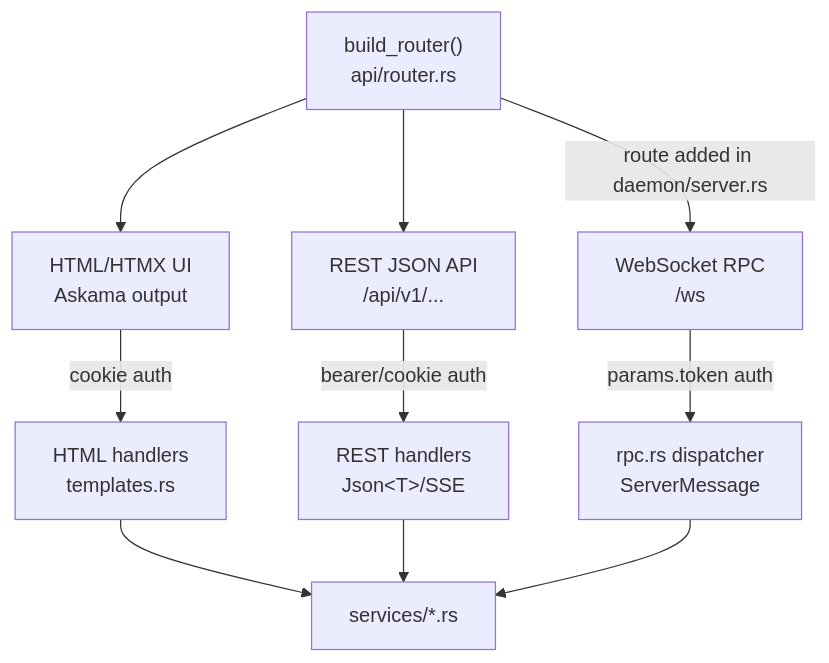
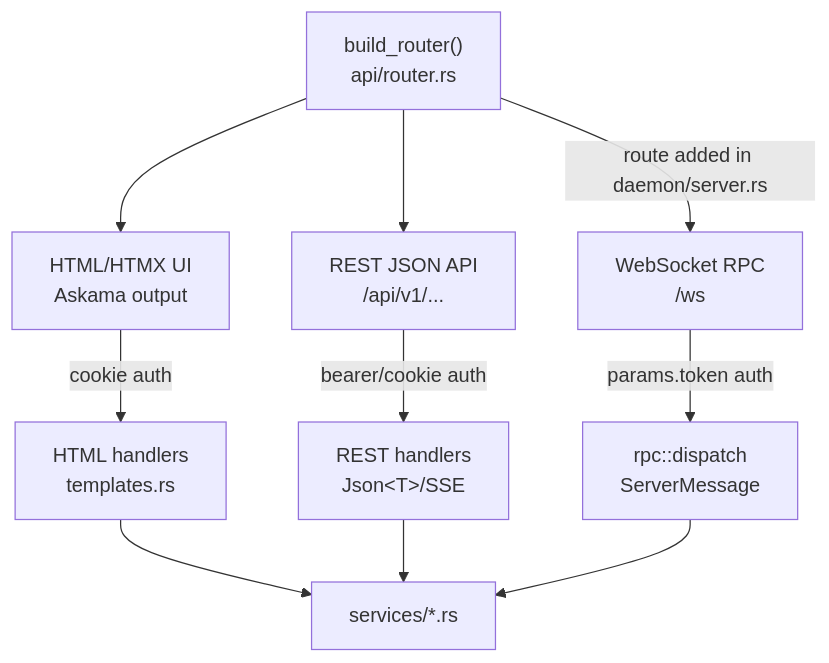
One commit to bwks/sherpa changed the seventh of 26 diagrams in docs/architecture/SERVER.md. Above: the diagram before and after it, drawn with Mermaid. The commit also changed other lines of this file and 21 other files, not shown here.

First line of the commit message:
refactor(server): one RPC dispatcher, handlers split by resource [skip ci]

````diff
--- a/docs/architecture/SERVER.md
+++ b/docs/architecture/SERVER.md
@@ -212,20 +212,20 @@
 ```mermaid
 flowchart TB
     router["build_router()<br/>api/router.rs"]
     html["HTML/HTMX UI<br/>Askama output"]
     rest["REST JSON API<br/>/api/v1/..."]
     ws["WebSocket RPC<br/>/ws"]
     htmlhandlers["HTML handlers<br/>templates.rs"]
     resthandlers["REST handlers<br/>Json#lt;T#gt;/SSE"]
-    rpc["rpc.rs dispatcher<br/>ServerMessage"]
+    rpc["rpc::dispatch<br/>ServerMessage"]
     services["services/*.rs"]
     router --> html
     router --> rest
     router -->|"route added in daemon/server.rs"| ws
     html -->|cookie auth| htmlhandlers
     rest -->|"bearer/cookie auth"| resthandlers
     ws -->|"params.token auth"| rpc
     htmlhandlers --> services
     resthandlers --> services
     rpc --> services
 ```
````
